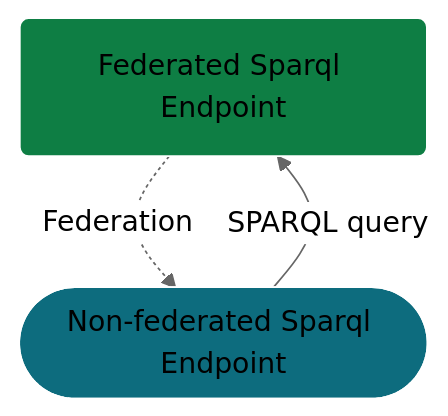
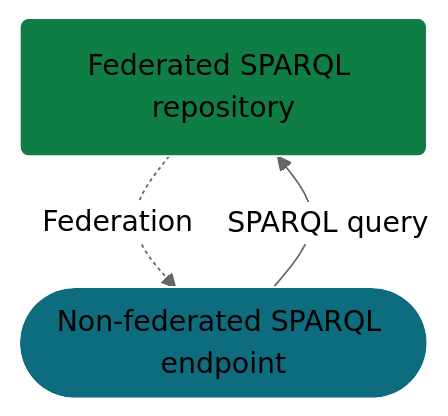
One commit to TheWorldAvatar/stack changed the second of 2 diagrams in stack-manager/README.md. Above: the diagram before and after it, drawn with Mermaid (neutral theme).

Commit message:
16-create-outgoing-federated-pre-stack: corrected names in key of docs

````diff
--- a/stack-manager/README.md
+++ b/stack-manager/README.md
@@ -372,11 +372,11 @@
 ```mermaid
 graph TB
-    fed("Federated Sparql Endpoint")
-    non_fed(["Non-federated Sparql Endpoint"])
+    fed("Federated SPARQL repository")
+    non_fed(["Non-federated SPARQL endpoint"])
 
     fed -."Federation".-> non_fed
     non_fed --"SPARQL query"--> fed
 
     style fed fill:#0e7e44, stroke:#ffffff
     style non_fed fill:#0d6c7e, stroke:#ffffff
 ```
````
